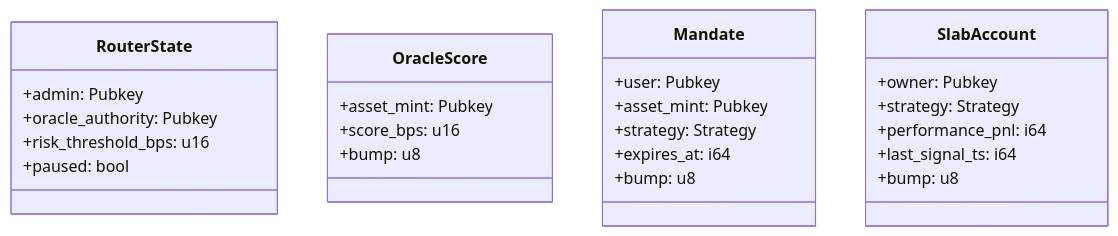
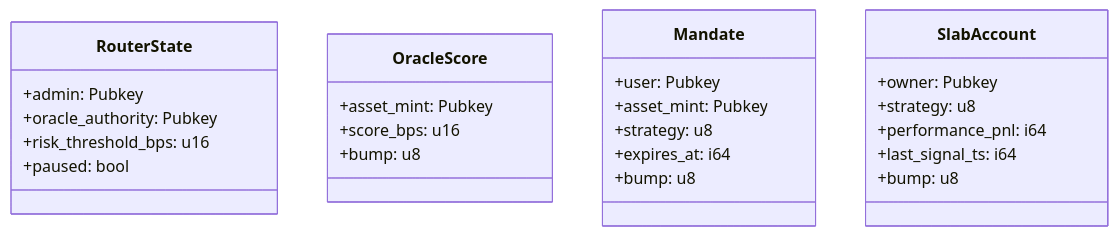
Before and after one commit to AceAIlov/Mollyslab: the third of 4 diagrams in README.md, drawn with Mermaid. The commit also changed other lines of this file, not shown here.

````diff
--- a/README.md
+++ b/README.md
@@ -143,28 +96,28 @@
 ```mermaid
 classDiagram
   class RouterState {
     +admin: Pubkey
     +oracle_authority: Pubkey
     +risk_threshold_bps: u16
     +paused: bool
   }
   class OracleScore {
     +asset_mint: Pubkey
     +score_bps: u16
     +bump: u8
   }
   class Mandate {
     +user: Pubkey
     +asset_mint: Pubkey
-    +strategy: Strategy
+    +strategy: u8
     +expires_at: i64
     +bump: u8
   }
   class SlabAccount {
     +owner: Pubkey
-    +strategy: Strategy
+    +strategy: u8
     +performance_pnl: i64
     +last_signal_ts: i64
     +bump: u8
   }
 ```
````
